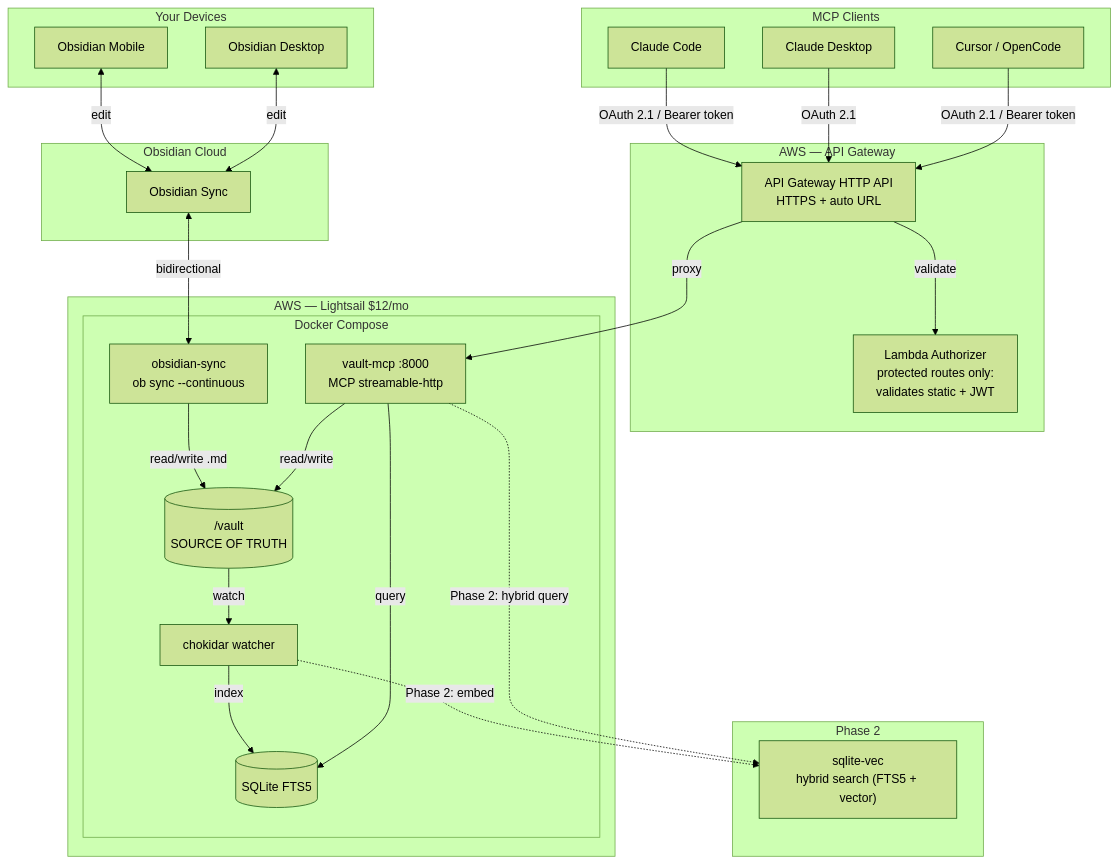
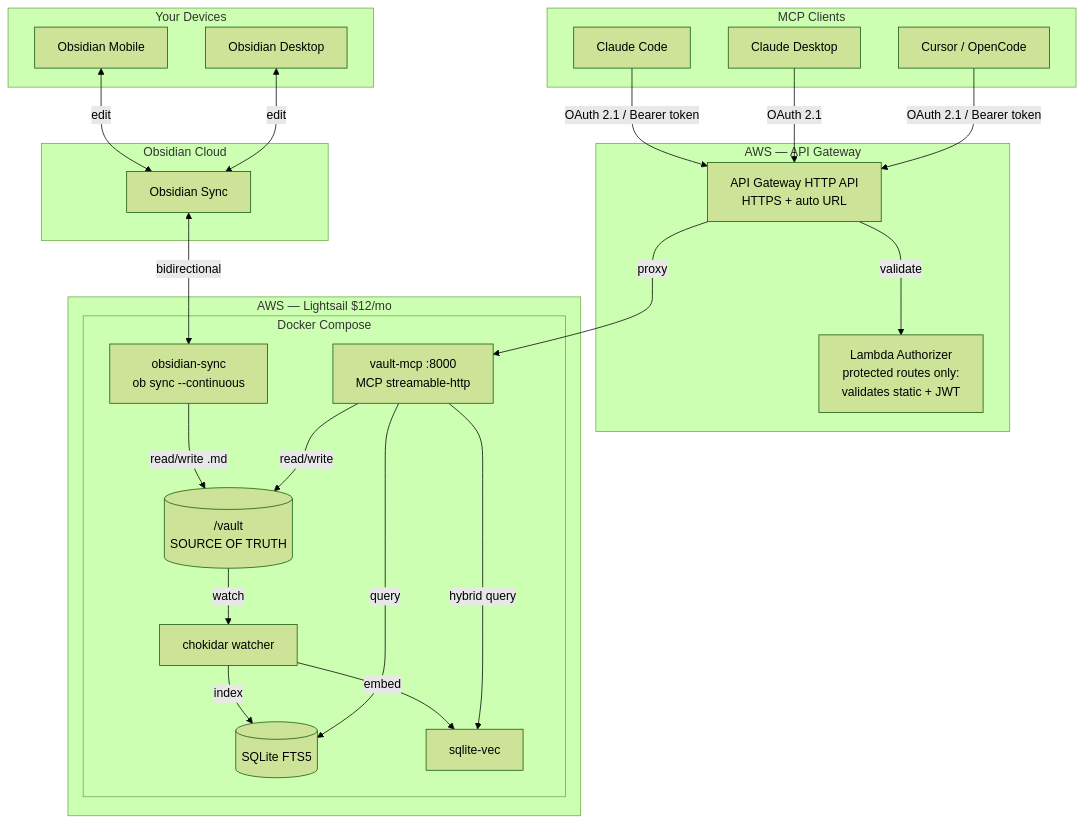
Before and after one commit to aliasunder/vault-cortex: the first of 5 diagrams in ARCHITECTURE.md, drawn with Mermaid (forest theme). The commit also changed other lines of this file and 1 other file, not shown here.

First line of the commit message:
docs: update README and ARCHITECTURE for Phase 2a completion

````diff
--- a/ARCHITECTURE.md
+++ b/ARCHITECTURE.md
@@ -55,52 +57,49 @@
 ```mermaid
 graph TB
     subgraph devices ["Your Devices"]
         OBS_PHONE["Obsidian Mobile"]
         OBS_LAPTOP["Obsidian Desktop"]
     end
 
     subgraph cloud ["Obsidian Cloud"]
         SYNC["Obsidian Sync"]
     end
 
     subgraph apigw_grp ["AWS — API Gateway"]
         APIGW["API Gateway HTTP API<br/>HTTPS + auto URL"]
         AUTH_FN["Lambda Authorizer<br/>protected routes only:<br/>validates static + JWT"]
         APIGW -->|validate| AUTH_FN
     end
 
     subgraph lightsail ["AWS — Lightsail $12/mo"]
         subgraph compose ["Docker Compose"]
             OB_HEADLESS["obsidian-sync<br/>ob sync --continuous"]
             VAULT_FS[("/vault<br/>SOURCE OF TRUTH")]
             MCP_SERVER["vault-mcp :8000<br/>MCP streamable-http"]
             SQLITE[("SQLite FTS5")]
+            VEC["sqlite-vec"]
             WATCHER["chokidar watcher"]
         end
-    end
-
-    subgraph phase2 ["Phase 2"]
-        HYBRID["sqlite-vec<br/>hybrid search (FTS5 + vector)"]
     end
 
     subgraph clients ["MCP Clients"]
         CC["Claude Code"]
         CD["Claude Desktop"]
         CU["Cursor / OpenCode"]
     end
 
     OBS_PHONE <-->|edit| SYNC
     OBS_LAPTOP <-->|edit| SYNC
     SYNC <-->|bidirectional| OB_HEADLESS
     OB_HEADLESS -->|read/write .md| VAULT_FS
     VAULT_FS -->|watch| WATCHER
     WATCHER -->|index| SQLITE
-    WATCHER -.->|Phase 2: embed| HYBRID
+    WATCHER -->|embed| VEC
     MCP_SERVER -->|read/write| VAULT_FS
     MCP_SERVER -->|query| SQLITE
-    MCP_SERVER -.->|Phase 2: hybrid query| HYBRID
+    MCP_SERVER -->|hybrid query| VEC
     CC -->|OAuth 2.1 / Bearer token| APIGW
     CD -->|OAuth 2.1| APIGW
     CU -->|OAuth 2.1 / Bearer token| APIGW
     APIGW -->|proxy| MCP_SERVER
 ```
````
